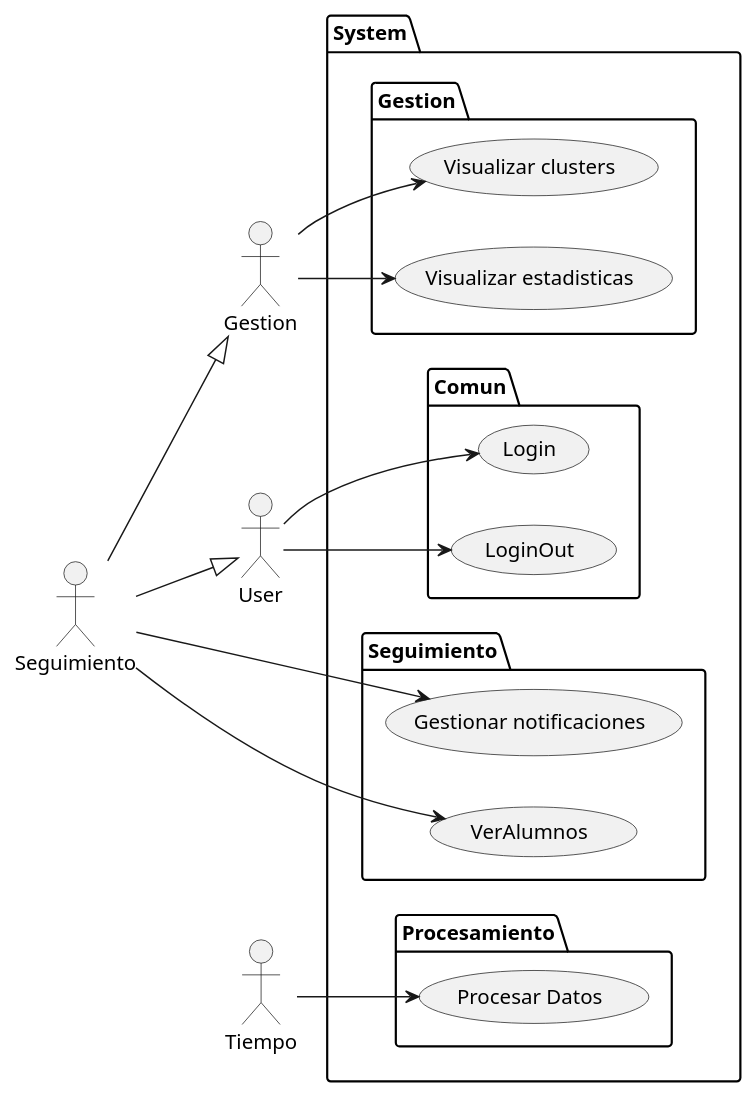
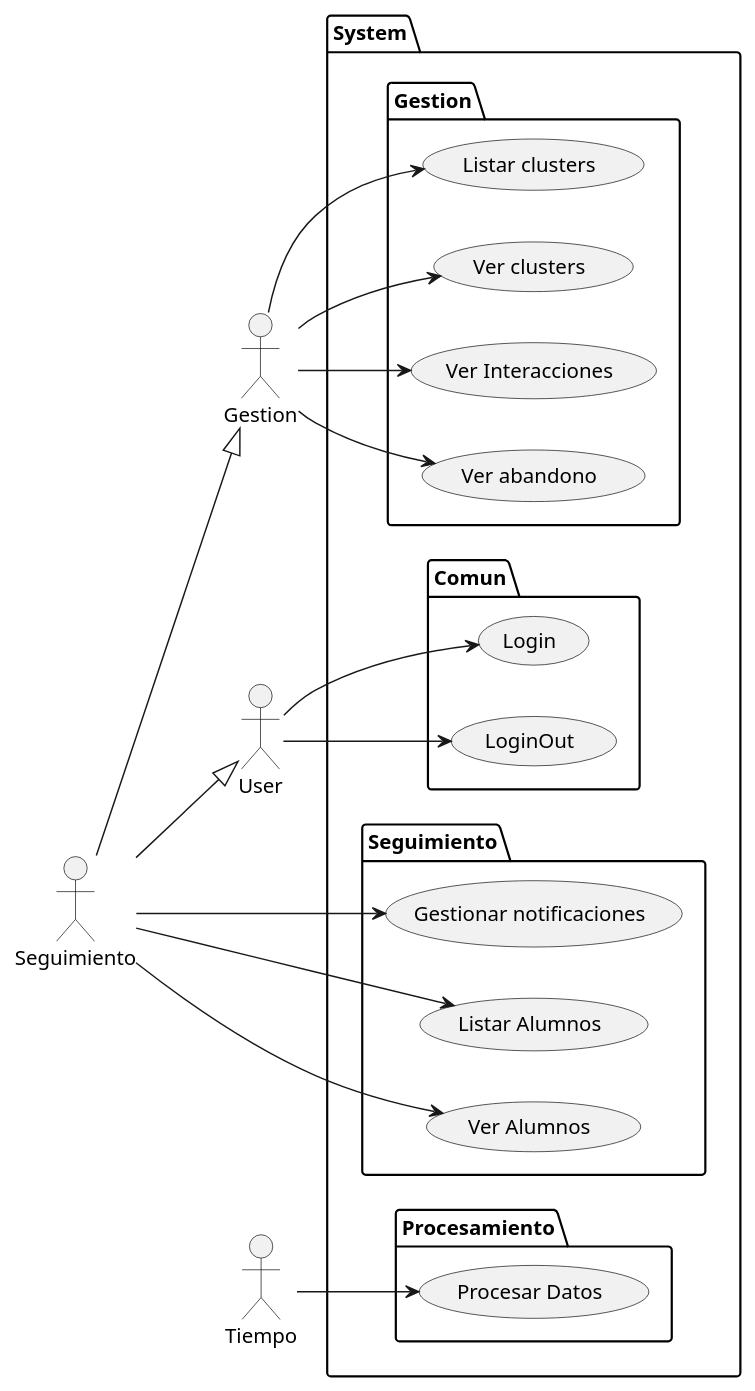
The diagram in 000-entregas/Grupo1/CasosDeUso/Cdu.puml (mmasias/IdSw1-22-23), drawn with PlantUML before and after one commit. The commit also changed 1 other file, not shown here.

```diff
--- a/000-entregas/Grupo1/CasosDeUso/Cdu.puml
+++ b/000-entregas/Grupo1/CasosDeUso/Cdu.puml
@@ -1,44 +1,50 @@
 @startuml CasosDeUso
 left to right direction
 
 actor User
 actor "Gestion" as GEST
 actor "Seguimiento"	as SEG
 actor "Tiempo" as Tiempo
 
 User <|-u- SEG
 GEST <|-l- SEG
 
 package System {
 
   package Comun {
     usecase "Login" as Login
     usecase "LoginOut" as LoginOut
   }
   package Seguimiento {
     usecase "Gestionar notificaciones" as GN
-    usecase "VerAlumnos" as VA
+    usecase "Listar Alumnos" as LA
+    usecase "Ver Alumnos" as VA
   }
   package Gestion {
-    usecase "Visualizar clusters" as VC
-    usecase "Visualizar estadisticas" as VE
+    usecase "Listar clusters" as LC
+    usecase "Ver clusters" as VC
+    usecase "Ver Interacciones" as VI
+    usecase "Ver abandono" as VAB
   }
   package Procesamiento {
     usecase "Procesar Datos" as PD
   }
 }
 
 
 User --> (Login)
 User --> (LoginOut)
 
+SEG --> (LA)
 SEG --> (VA)
 SEG --> (GN)
 
+GEST --> (LC)
 GEST --> (VC)
-GEST --> (VE)
+GEST --> (VAB)
+GEST --> (VI)
 
 
 Tiempo --> PD
 
 @enduml
```
